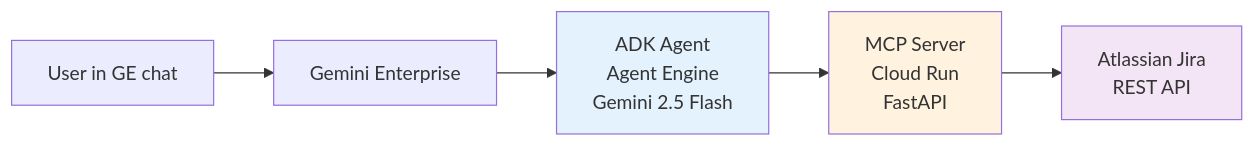
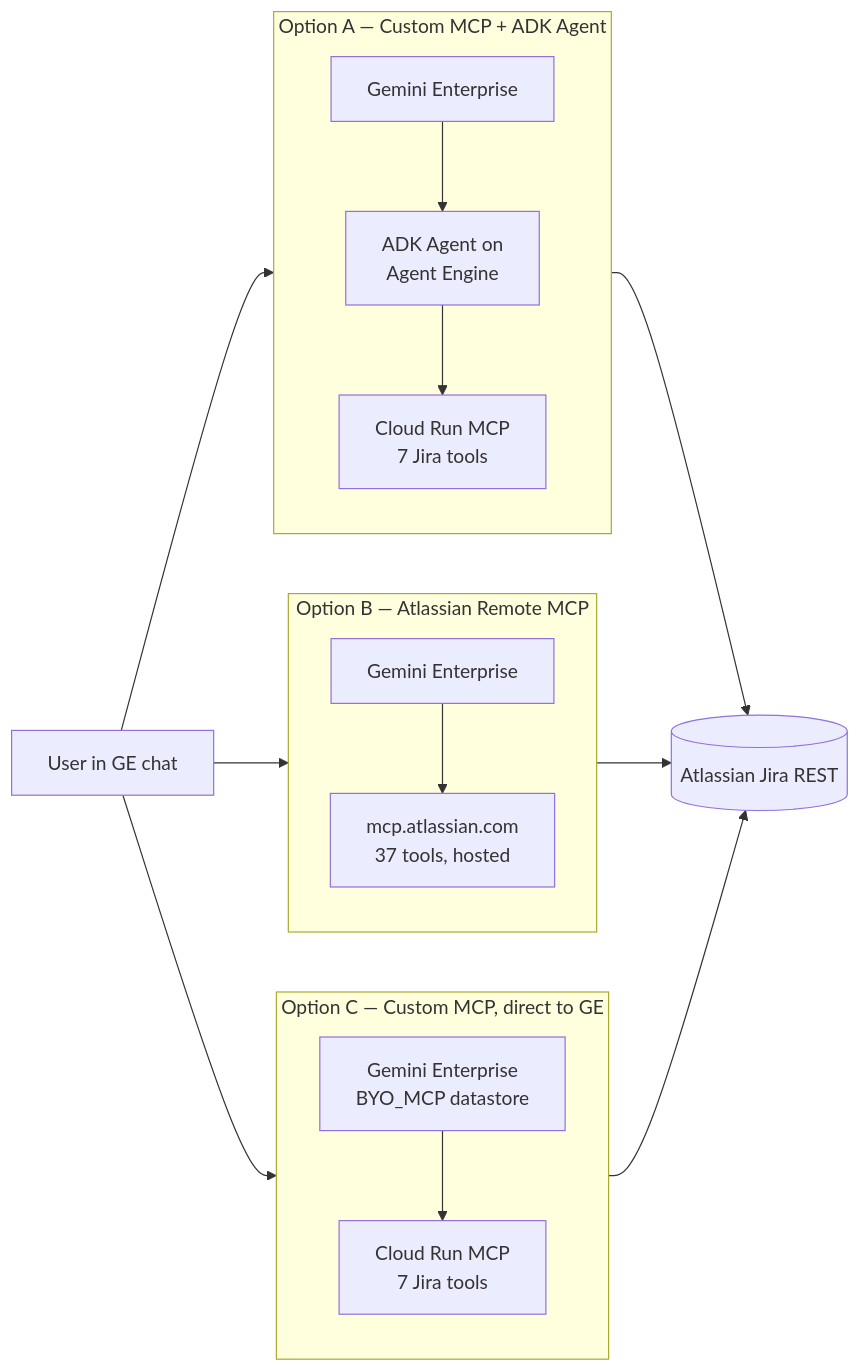
Before and after one commit to jchavezar/vertex-ai-samples: the diagram in semiautonomous-agents/atlassian-jira-integration/README.md, drawn with Mermaid. The commit also changed other lines of this file and 6 other files, not shown here.

First line of the commit message:
docs(atlassian-jira-integration): consolidate to 3-option hub with per-option walkthroughs + eval

````diff
--- a/semiautonomous-agents/atlassian-jira-integration/README.md
+++ b/semiautonomous-agents/atlassian-jira-integration/README.md
@@ -40,11 +9,28 @@
 ```mermaid
-graph LR
-    User[User in GE chat] --> GE[Gemini Enterprise]
-    GE --> Agent[ADK Agent<br/>Agent Engine<br/>Gemini 2.5 Flash]
-    Agent --> MCP[MCP Server<br/>Cloud Run<br/>FastAPI]
-    MCP --> Jira[Atlassian Jira<br/>REST API]
-    
-    style Agent fill:#e3f2fd
-    style MCP fill:#fff3e0
-    style Jira fill:#f3e5f5
+flowchart LR
+  user[User in GE chat]
+
+  subgraph A[Option A — Custom MCP + ADK Agent]
+    direction TB
+    ge_a[Gemini Enterprise] --> ae[ADK Agent on<br/>Agent Engine]
+    ae --> mcp_a[Cloud Run MCP<br/>7 Jira tools]
+  end
+
+  subgraph B[Option B — Atlassian Remote MCP]
+    direction TB
+    ge_b[Gemini Enterprise] --> rmcp[mcp.atlassian.com<br/>37 tools, hosted]
+  end
+
+  subgraph C[Option C — Custom MCP, direct to GE]
+    direction TB
+    ge_c[Gemini Enterprise<br/>BYO_MCP datastore] --> mcp_c[Cloud Run MCP<br/>7 Jira tools]
+  end
+
+  user --> A
+  user --> B
+  user --> C
+
+  A --> jira[(Atlassian Jira REST)]
+  B --> jira
+  C --> jira
 ```
````
